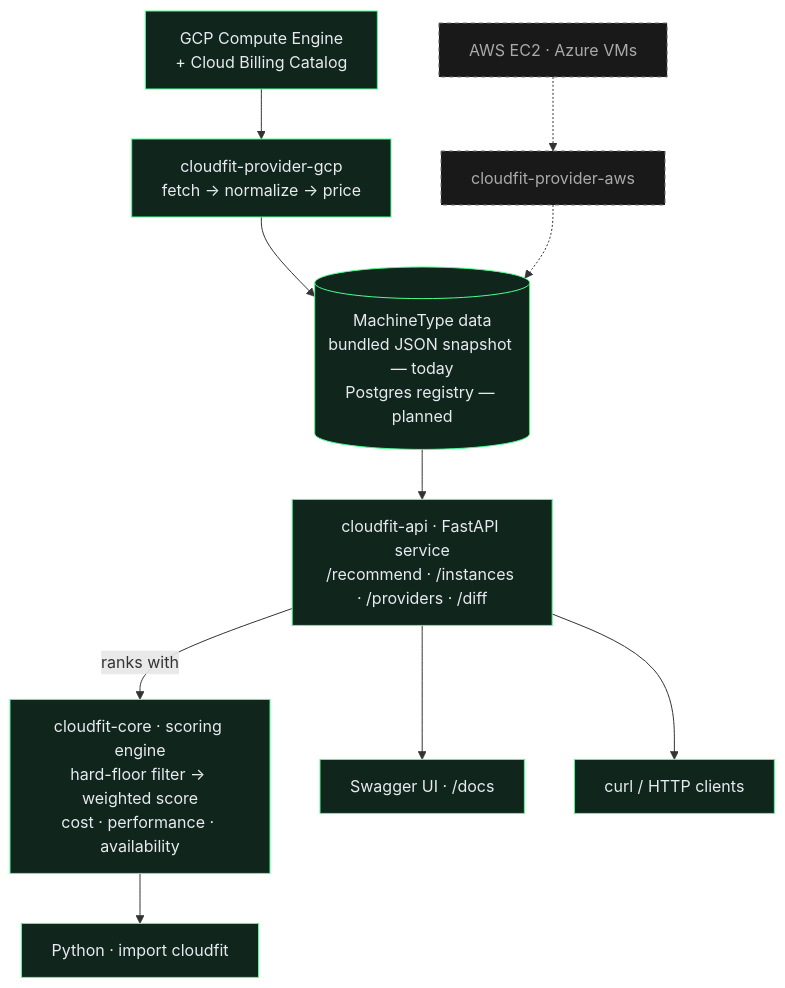
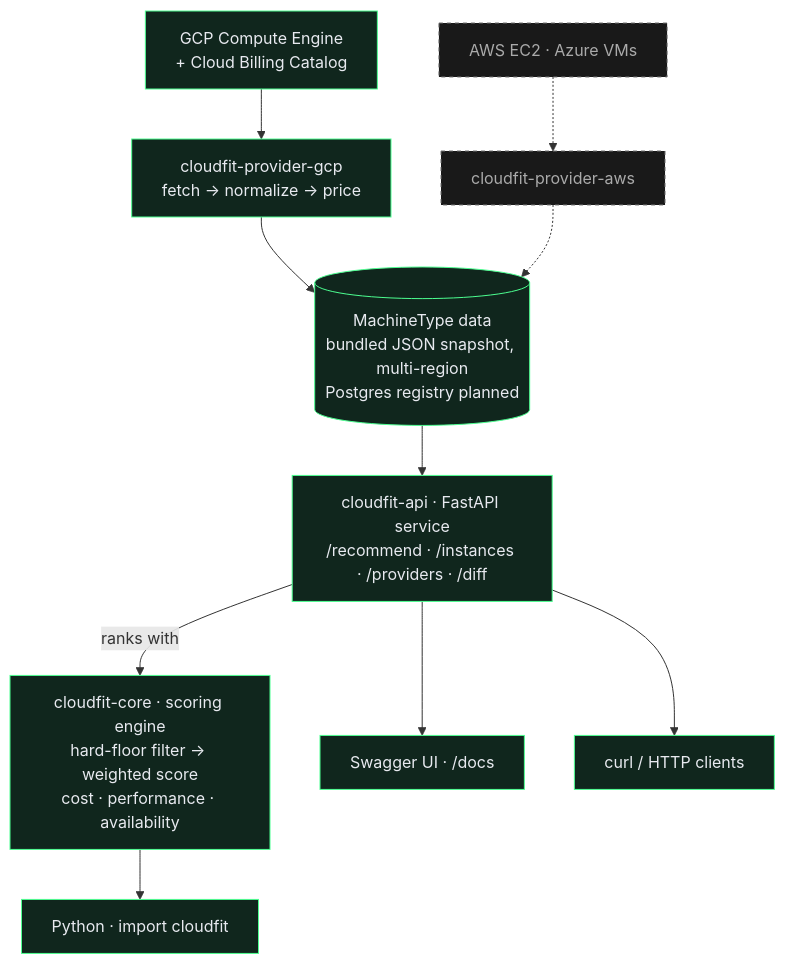
One commit to cloudfit-io/.github changed the diagram in profile/README.md. Above: the diagram before and after it, drawn with Mermaid. The commit also changed other lines of this file, not shown here.

Commit message:
docs: update for v0.2.0 (multi-region, region-aware filtering)

````diff
--- a/profile/README.md
+++ b/profile/README.md
@@ -23,29 +23,29 @@
 ```mermaid
 flowchart TD
     GCP["GCP Compute Engine<br/>+ Cloud Billing Catalog"]:::live
     AWSAZ["AWS EC2 · Azure VMs"]:::planned
 
     PGCP["cloudfit-provider-gcp<br/>fetch → normalize → price"]:::live
     PAWS["cloudfit-provider-aws"]:::planned
 
-    SNAP[("MachineType data<br/>bundled JSON snapshot — today<br/>Postgres registry — planned")]:::live
+    SNAP[("MachineType data<br/>bundled JSON snapshot, multi-region<br/>Postgres registry planned")]:::live
 
     CORE["cloudfit-core · scoring engine<br/>hard-floor filter → weighted score<br/>cost · performance · availability"]:::live
 
     API["cloudfit-api · FastAPI service<br/>/recommend · /instances · /providers · /diff"]:::live
 
     DOCS["Swagger UI · /docs"]:::live
     HTTP["curl / HTTP clients"]:::live
     SDK["Python · import cloudfit"]:::live
 
     GCP --> PGCP --> SNAP
     AWSAZ -.-> PAWS -.-> SNAP
     SNAP --> API
     API -->|ranks with| CORE
     API --> DOCS
     API --> HTTP
     CORE --> SDK
 
     classDef live fill:#10261d,stroke:#4dff91,color:#e8eaf0;
     classDef planned fill:#191919,stroke:#777,color:#aaa,stroke-dasharray:4 4;
 ```
````
